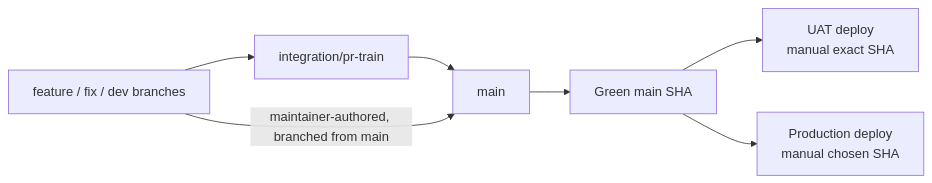
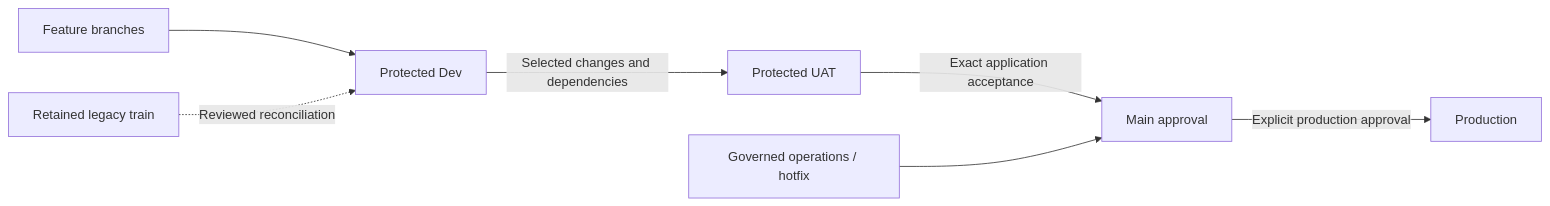
One commit to hushh-labs/hushh-research changed the diagram in docs/reference/operations/branch-governance.md. Above: the diagram before and after it, drawn with Mermaid. The commit also changed other lines of this file and 10 other files, not shown here.

Commit message:
ci: prepare protected Dev intake and preserve UAT defaults

````diff
--- a/docs/reference/operations/branch-governance.md
+++ b/docs/reference/operations/branch-governance.md
@@ -128,13 +133,9 @@
 ```mermaid
 flowchart LR
-  feature["feature / fix / dev branches"]
-  train["integration/pr-train"]
-  main["main"]
-  green["Green main SHA"]
-  uat["UAT deploy<br/>manual exact SHA"]
-  prod["Production deploy<br/>manual chosen SHA"]
-  feature --> train --> main --> green
-  feature -->|maintainer-authored, branched from main| main
-  green --> uat
-  green --> prod
+  feature["Feature branches"] --> dev["Protected Dev"]
+  dev -->|"Selected changes and dependencies"| uat["Protected UAT"]
+  uat -->|"Exact application acceptance"| main["Main approval"]
+  main -->|"Explicit production approval"| prod["Production"]
+  operations["Governed operations / hotfix"] --> main
+  legacy["Retained legacy train"] -.->|"Reviewed reconciliation"| dev
 ```
````
